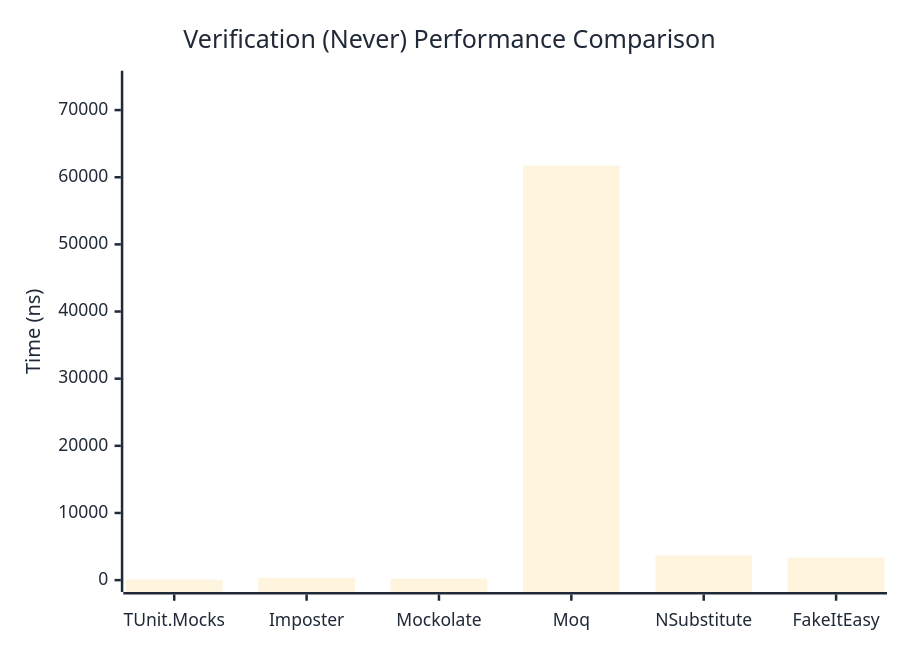
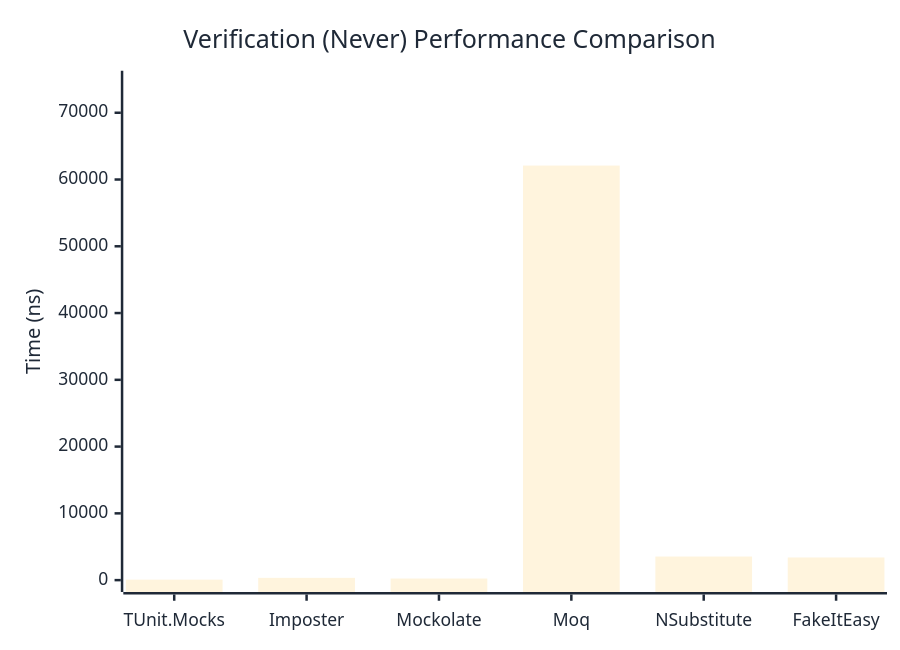
Before and after one commit to thomhurst/TUnit: the second of 3 diagrams in docs/docs/benchmarks/mocks/Verification.md, drawn with Mermaid. The commit also changed other lines of this file and 14 other files, not shown here.

````diff
--- a/docs/docs/benchmarks/mocks/Verification.md
+++ b/docs/docs/benchmarks/mocks/Verification.md
@@ -69,27 +69,27 @@
 ```mermaid
 %%{init: {
   'theme':'base',
   'themeVariables': {
     'primaryColor': '#2563eb',
     'primaryTextColor': '#1f2937',
     'primaryBorderColor': '#1e40af',
     'lineColor': '#6b7280',
     'secondaryColor': '#7c3aed',
     'tertiaryColor': '#dc2626',
     'background': '#ffffff',
     'pie1': '#2563eb',
     'pie2': '#7c3aed',
     'pie3': '#dc2626',
     'pie4': '#f59e0b',
     'pie5': '#10b981',
     'pie6': '#06b6d4',
     'pie7': '#ec4899',
     'pie8': '#6366f1'
   }
 }}%%
 xychart-beta
   title "Verification (Never) Performance Comparison"
   x-axis ["TUnit.Mocks", "Imposter", "Mockolate", "Moq", "NSubstitute", "FakeItEasy"]
-  y-axis "Time (ns)" 0 --> 74088
-  bar [68.01, 315.59, 226.49, 61739.48, 3663.81, 3348.48]
+  y-axis "Time (ns)" 0 --> 74512
+  bar [70.84, 340.38, 238.11, 62092.73, 3532.46, 3390.19]
 ```
````
